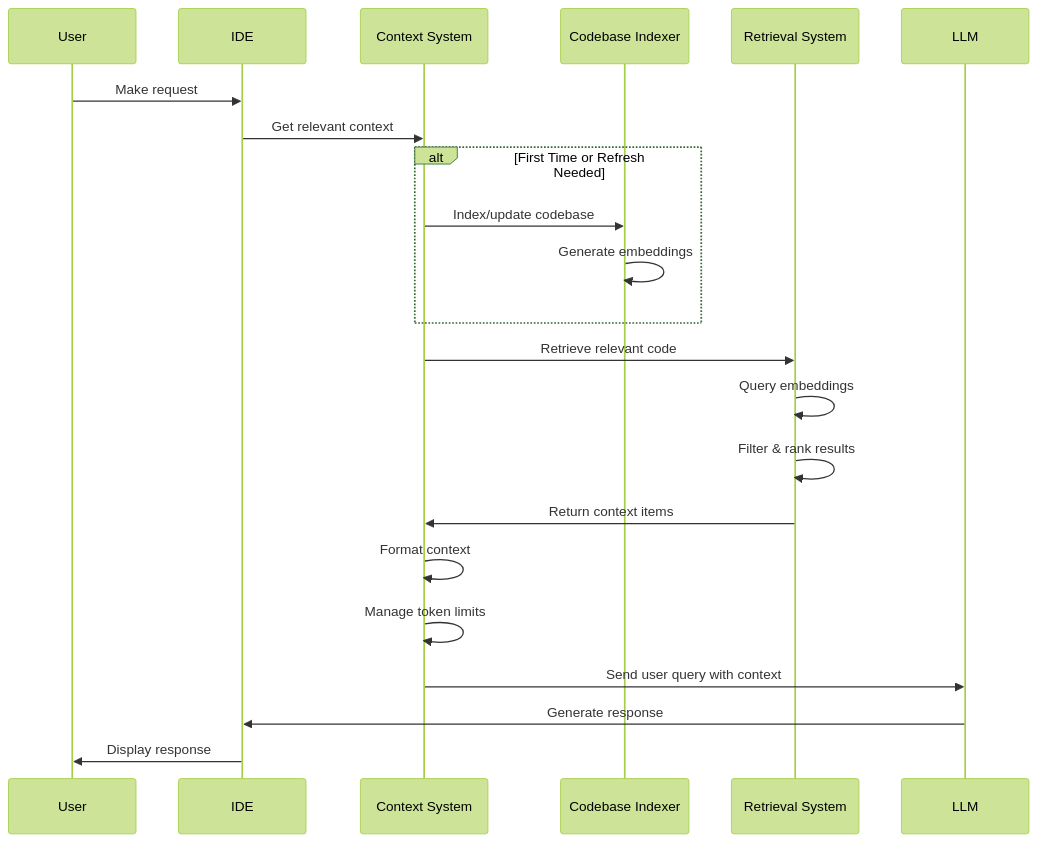
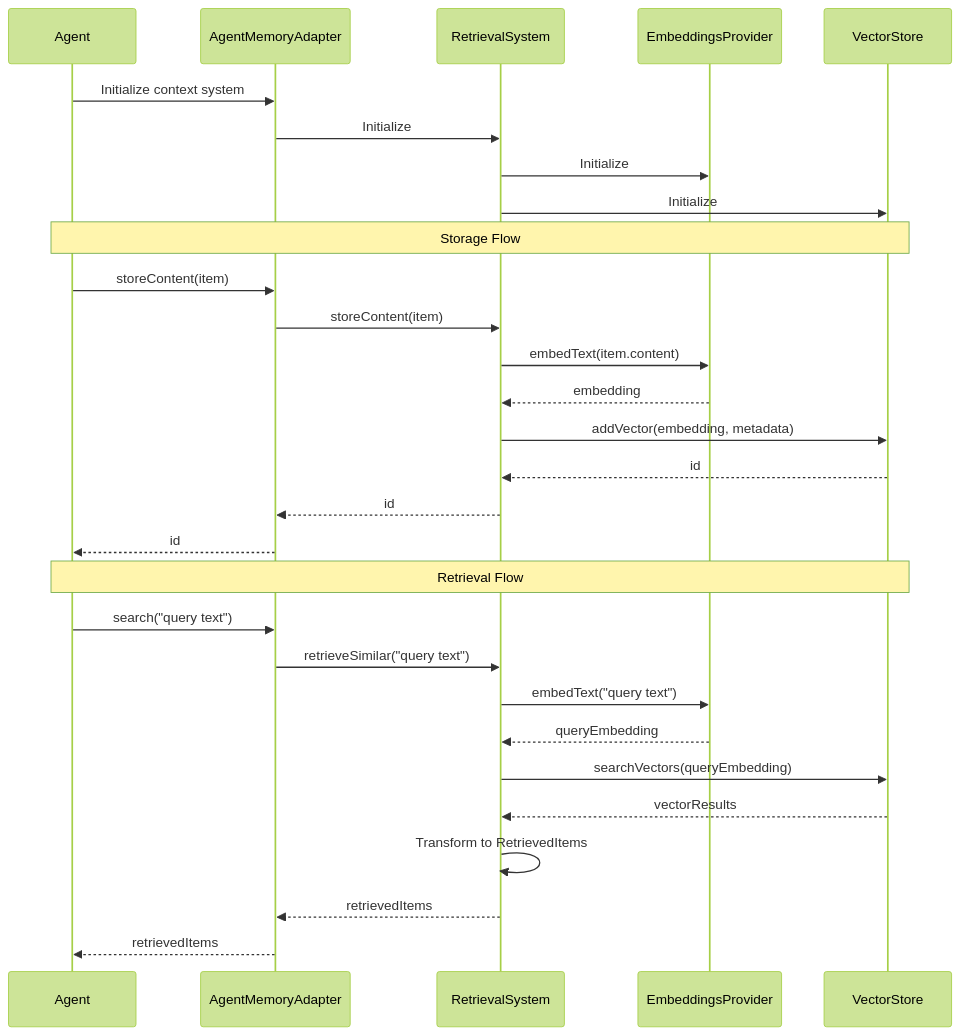
One commit to easymomo/continue changed the second of 3 diagrams in docs/architecture/context-system.md. Above: the diagram before and after it, drawn with Mermaid (forest theme). The commit also changed other lines of this file and 65 other files, not shown here.

Commit message:
Context System, Memory System, Agent framework

````diff
--- a/docs/architecture/context-system.md
+++ b/docs/architecture/context-system.md
@@ -91,28 +254,36 @@
 ```mermaid
 sequenceDiagram
-    participant User
-    participant IDE
-    participant ContextSystem as Context System
-    participant Indexer as Codebase Indexer
-    participant Retrieval as Retrieval System
-    participant LLM
-    
-    User->>IDE: Make request
-    IDE->>ContextSystem: Get relevant context
-    
-    alt First Time or Refresh Needed
-        ContextSystem->>Indexer: Index/update codebase
-        Indexer->>Indexer: Generate embeddings
-    end
-    
-    ContextSystem->>Retrieval: Retrieve relevant code
-    Retrieval->>Retrieval: Query embeddings
-    Retrieval->>Retrieval: Filter & rank results
-    Retrieval->>ContextSystem: Return context items
-    
-    ContextSystem->>ContextSystem: Format context
-    ContextSystem->>ContextSystem: Manage token limits
-    ContextSystem->>LLM: Send user query with context
-    LLM->>IDE: Generate response
-    IDE->>User: Display response
+    participant Agent as Agent
+    participant Adapter as AgentMemoryAdapter
+    participant Retrieval as RetrievalSystem
+    participant Embeddings as EmbeddingsProvider
+    participant VectorStore as VectorStore
+
+    Agent->>Adapter: Initialize context system
+    Adapter->>Retrieval: Initialize
+    Retrieval->>Embeddings: Initialize
+    Retrieval->>VectorStore: Initialize
+
+    Note over Agent,VectorStore: Storage Flow
+
+    Agent->>Adapter: storeContent(item)
+    Adapter->>Retrieval: storeContent(item)
+    Retrieval->>Embeddings: embedText(item.content)
+    Embeddings-->>Retrieval: embedding
+    Retrieval->>VectorStore: addVector(embedding, metadata)
+    VectorStore-->>Retrieval: id
+    Retrieval-->>Adapter: id
+    Adapter-->>Agent: id
+
+    Note over Agent,VectorStore: Retrieval Flow
+
+    Agent->>Adapter: search("query text")
+    Adapter->>Retrieval: retrieveSimilar("query text")
+    Retrieval->>Embeddings: embedText("query text")
+    Embeddings-->>Retrieval: queryEmbedding
+    Retrieval->>VectorStore: searchVectors(queryEmbedding)
+    VectorStore-->>Retrieval: vectorResults
+    Retrieval->>Retrieval: Transform to RetrievedItems
+    Retrieval-->>Adapter: retrievedItems
+    Adapter-->>Agent: retrievedItems
 ```
````
